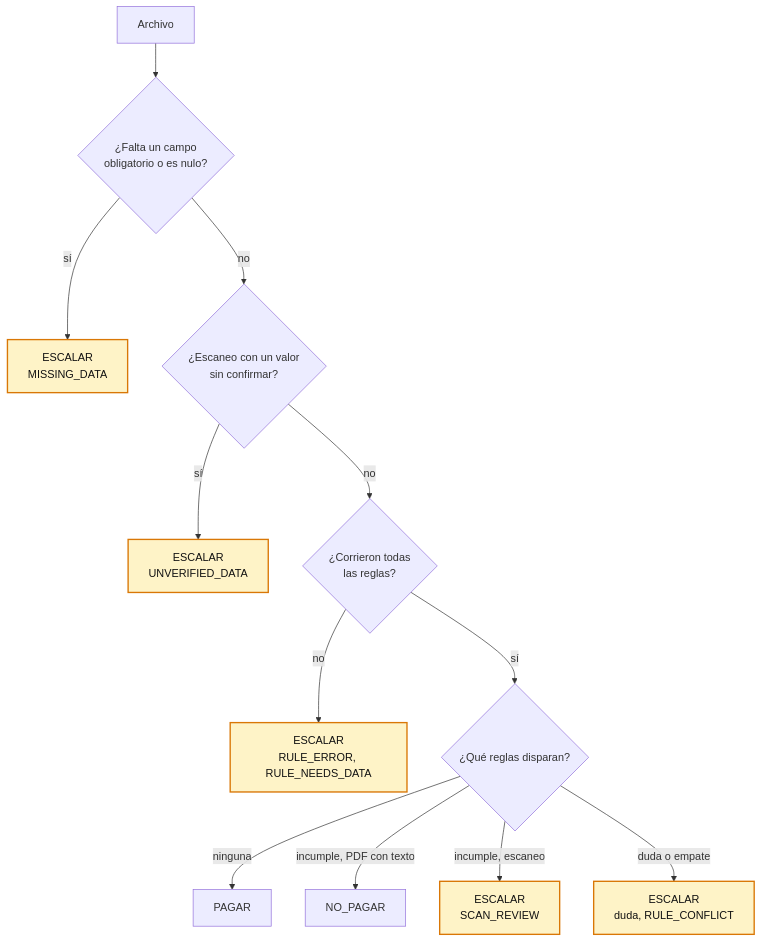
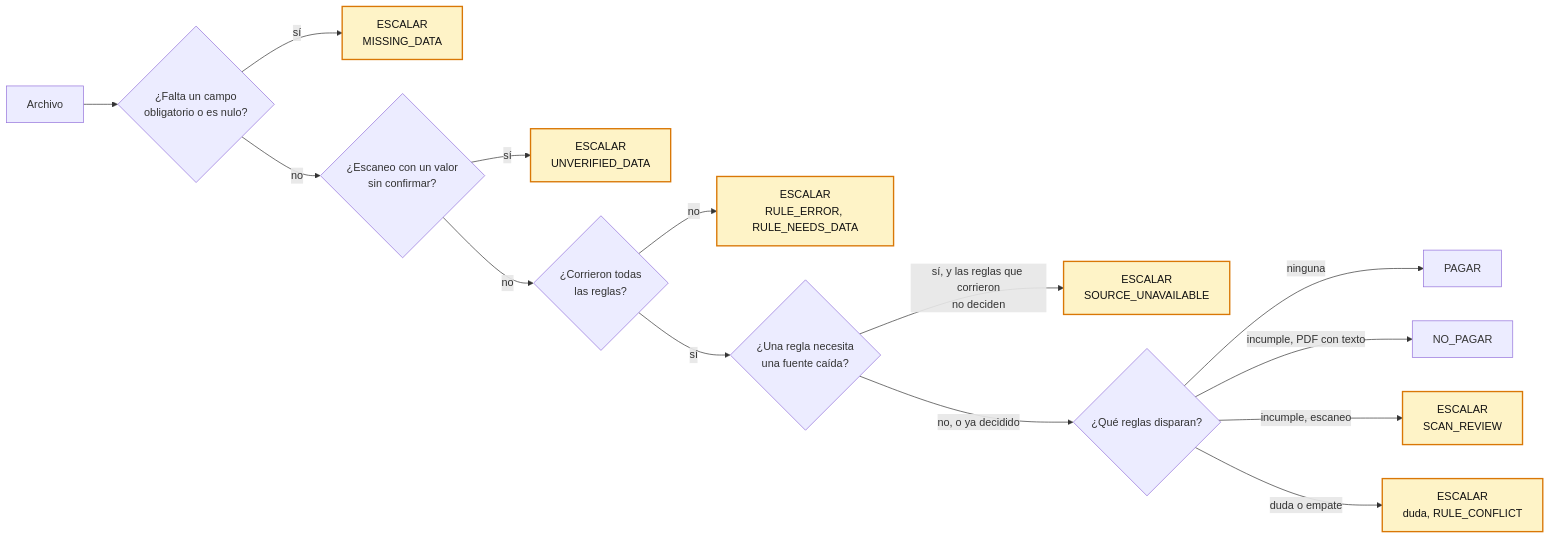
One commit to Martinhdeez/trace-it changed the third of 6 diagrams in demo-logs/delivery/albertitos_plan.md. Above: the diagram before and after it, drawn with Mermaid. The commit also changed other lines of this file and 16 other files, not shown here.

First line of the commit message:
docs(adr): 0027 and 0028 into detail; key B adds SOURCE_UNAVAILABLE, key E syncs the ERP before every run

````diff
--- a/demo-logs/delivery/albertitos_plan.md
+++ b/demo-logs/delivery/albertitos_plan.md
@@ -283,16 +286,18 @@
 ```mermaid
-flowchart TD
+flowchart LR
   F["Archivo"] --> M{"¿Falta un campo<br/>obligatorio o es nulo?"}
   M -- sí --> E1["ESCALAR<br/>MISSING_DATA"]
   M -- no --> U{"¿Escaneo con un valor<br/>sin confirmar?"}
   U -- sí --> E2["ESCALAR<br/>UNVERIFIED_DATA"]
   U -- no --> R{"¿Corrieron todas<br/>las reglas?"}
   R -- no --> E3["ESCALAR<br/>RULE_ERROR, RULE_NEEDS_DATA"]
-  R -- sí --> V{"¿Qué reglas disparan?"}
+  R -- sí --> SRC{"¿Una regla necesita<br/>una fuente caída?"}
+  SRC -- "sí, y las reglas que corrieron<br/>no deciden" --> E6["ESCALAR<br/>SOURCE_UNAVAILABLE"]
+  SRC -- "no, o ya decidido" --> V{"¿Qué reglas disparan?"}
   V -- ninguna --> P["PAGAR"]
   V -- "incumple, PDF con texto" --> NP["NO_PAGAR"]
   V -- "incumple, escaneo" --> E4["ESCALAR<br/>SCAN_REVIEW"]
   V -- "duda o empate" --> E5["ESCALAR<br/>duda, RULE_CONFLICT"]
   classDef kb fill:#fef3c7,stroke:#d97706,stroke-width:2px,color:#111
-  class E1,E2,E3,E4,E5 kb
+  class E1,E2,E3,E4,E5,E6 kb
 ```
````
